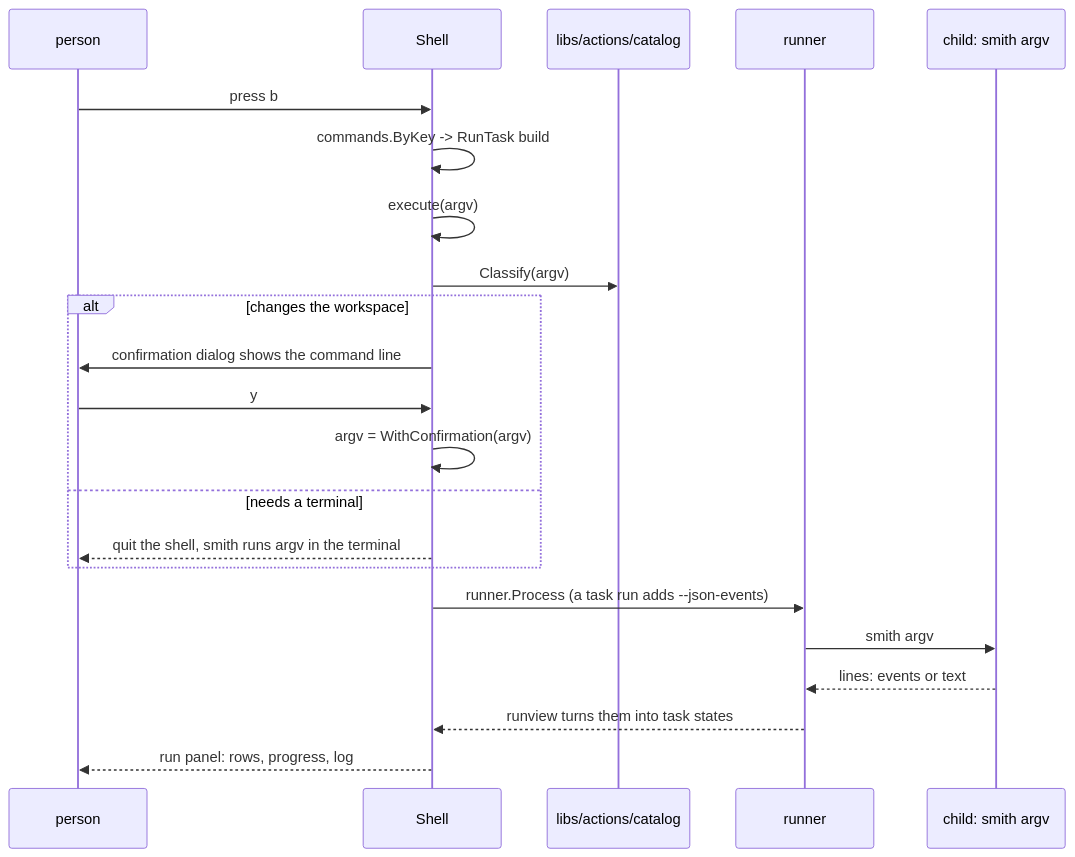
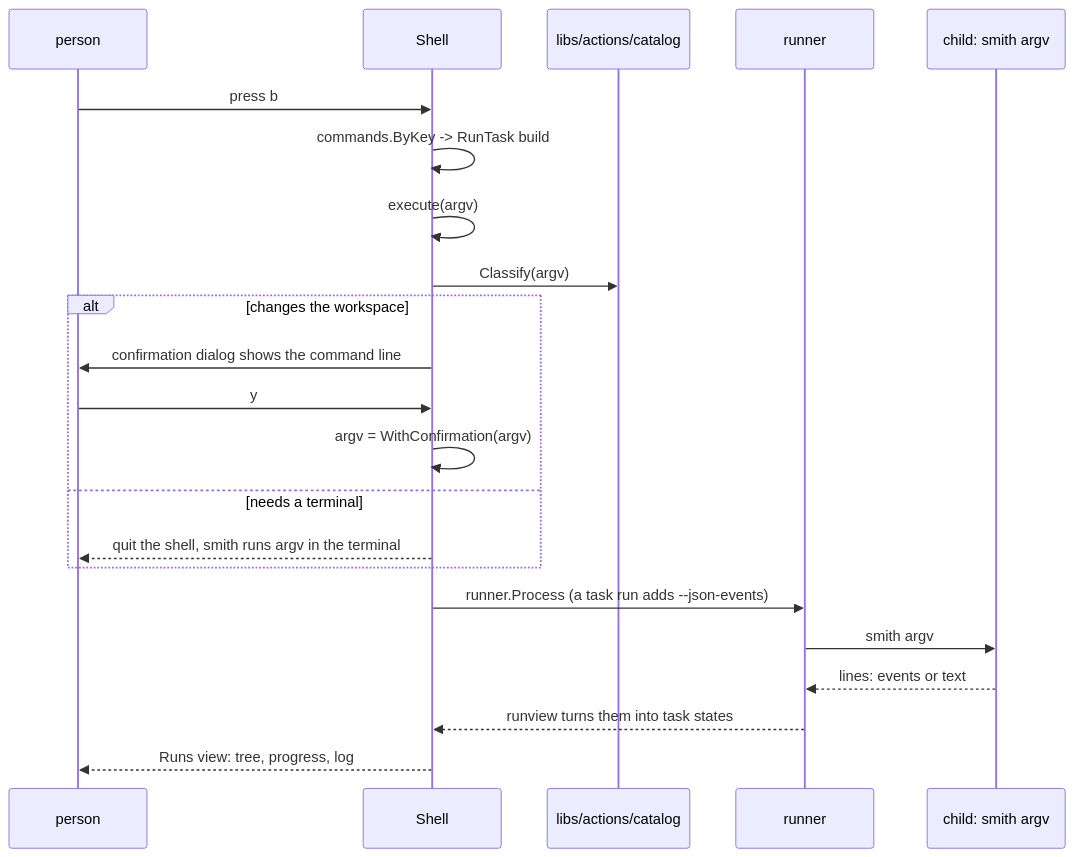
One commit to monosmith-app/monosmith changed the second of 2 diagrams in docs/architecture/tui-architecture.md. Above: the diagram before and after it, drawn with Mermaid. The commit also changed other lines of this file and 4 other files, not shown here.

First line of the commit message:
docs(tui): describe the phase 5 runs view

````diff
--- a/docs/architecture/tui-architecture.md
+++ b/docs/architecture/tui-architecture.md
@@ -196,24 +196,24 @@
 ```mermaid
 sequenceDiagram
   participant P as person
   participant S as Shell
   participant C as libs/actions/catalog
   participant R as runner
   participant X as child: smith argv
   P->>S: press b
   S->>S: commands.ByKey -> RunTask build
   S->>S: execute(argv)
   S->>C: Classify(argv)
   alt changes the workspace
     S->>P: confirmation dialog shows the command line
     P->>S: y
     S->>S: argv = WithConfirmation(argv)
   else needs a terminal
     S-->>P: quit the shell, smith runs argv in the terminal
   end
   S->>R: runner.Process (a task run adds --json-events)
   R->>X: smith argv
   X-->>R: lines: events or text
   R-->>S: runview turns them into task states
-  S-->>P: run panel: rows, progress, log
+  S-->>P: Runs view: tree, progress, log
 ```
````
